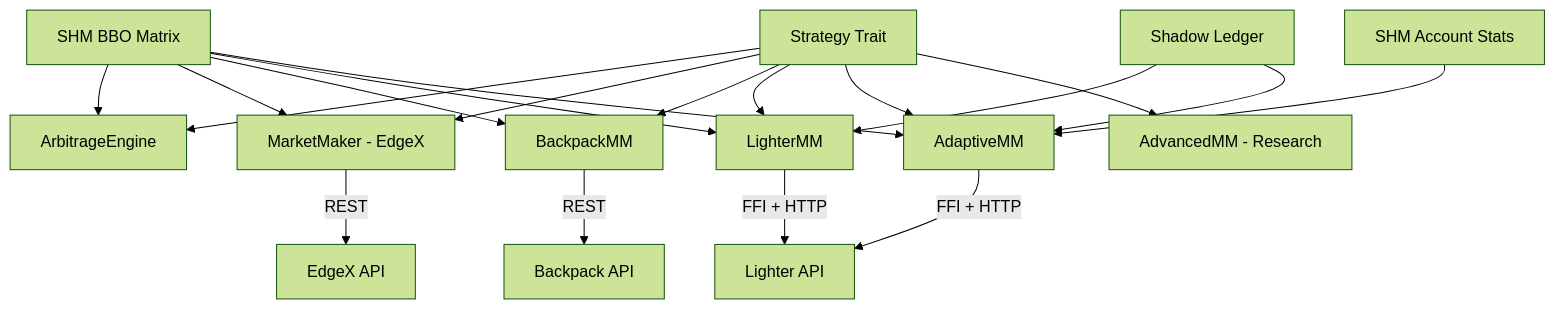
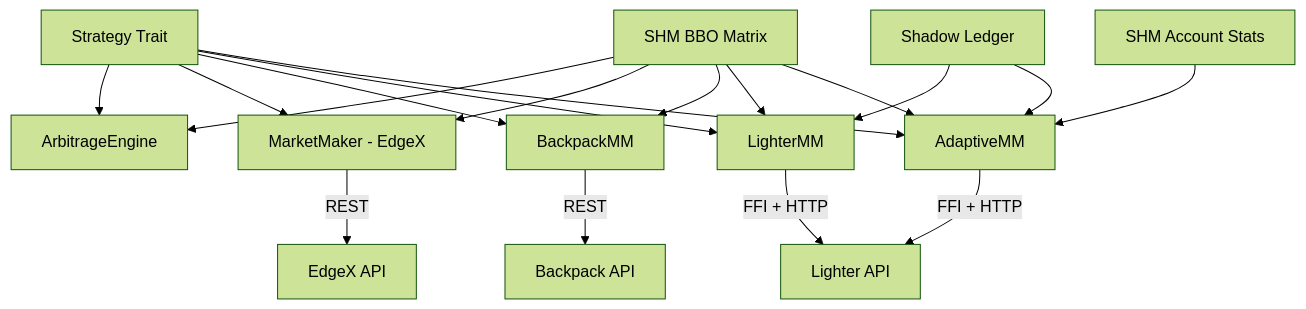
Before and after one commit to AlephTX/aleph-tx: the diagram in src/strategy/CLAUDE.md, drawn with Mermaid (forest theme). The commit also changed other lines of this file and 22 other files, not shown here.

````diff
--- a/src/strategy/CLAUDE.md
+++ b/src/strategy/CLAUDE.md
@@ -35,17 +34,16 @@
 ```mermaid
 graph TD
     TRAIT[Strategy Trait] --> ARB[ArbitrageEngine]
     TRAIT --> MM[MarketMaker - EdgeX]
     TRAIT --> BPM[BackpackMM]
     TRAIT --> LMM[LighterMM]
     TRAIT --> AMM[AdaptiveMM]
-    TRAIT --> ADV[AdvancedMM - Research]
 
     SHM[SHM BBO Matrix] --> ARB & MM & BPM & LMM & AMM
     ACC[SHM Account Stats] --> AMM
     SL[Shadow Ledger] --> LMM & AMM
 
     LMM & AMM -->|FFI + HTTP| LIGHTER[Lighter API]
     MM -->|REST| EDGEX[EdgeX API]
     BPM -->|REST| BACKPACK[Backpack API]
 ```
````
